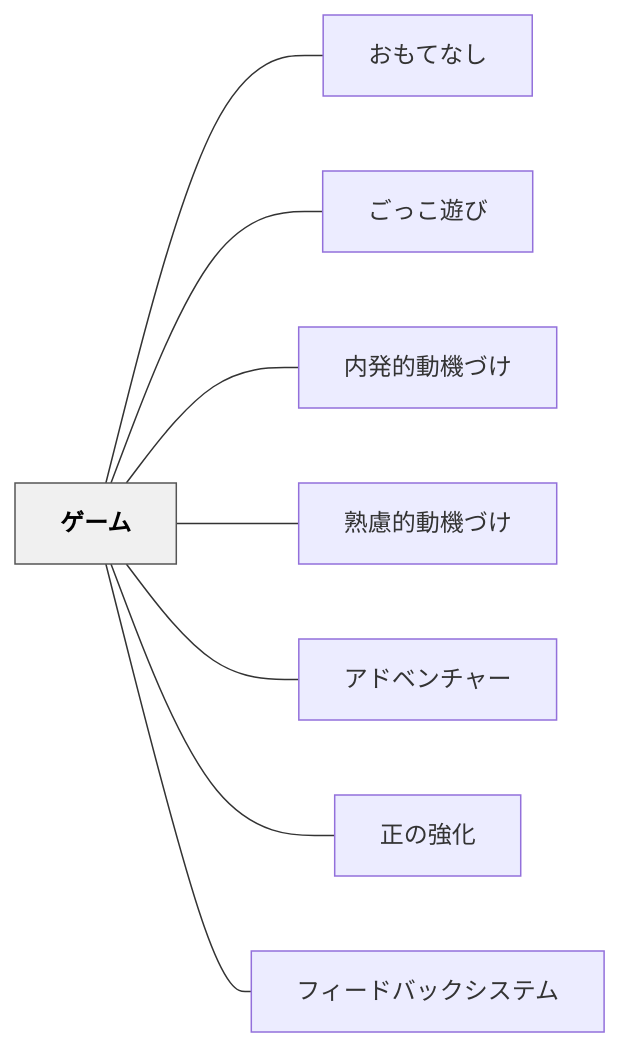
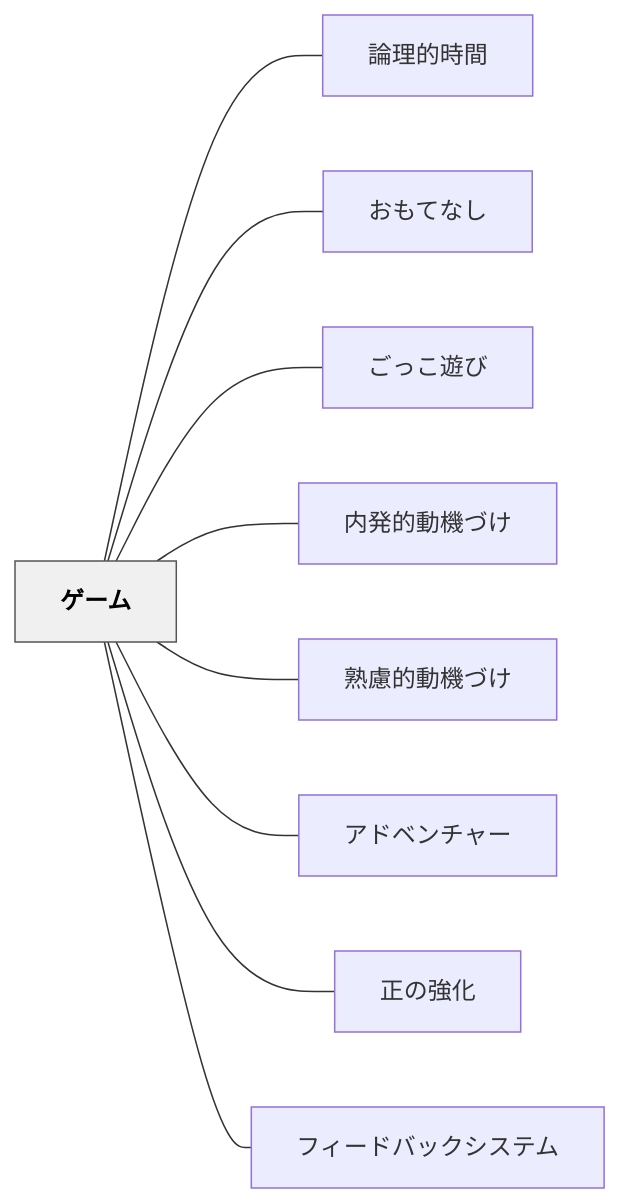
One commit to unknownthings-ed-patterns/unknownthings-ed-patterns changed the diagram in content/パタン/ゲーム.md. Above: the diagram before and after it, drawn with Mermaid. The commit also changed other lines of this file and 185 other files, not shown here.

````diff
--- a/content/パタン/ゲーム.md
+++ b/content/パタン/ゲーム.md
@@ -66,22 +66,24 @@
 ```mermaid
 flowchart LR
     ne382b2e383bce383a0["ゲーム"]
+    ne8ab96e79086e79a84e69982e99693["論理的時間"]
     ne3818ae38282e381a6e381aae38197["おもてなし"]
     ne38194e381a3e38193e9818ae381b3["ごっこ遊び"]
     ne58685e799bae79a84e58b95e6a99fe381a5e38191["内発的動機づけ"]
     ne7869fe685aee79a84e58b95e6a99fe381a5e38191["熟慮的動機づけ"]
     ne382a2e38389e38399e383b3e38381e383a3e383bc["アドベンチャー"]
     ne6ada3e381aee5bcb7e58c96["正の強化"]
     ne38395e382a3e383bce38389e38390e38383e382afe382b7e382b9e38386e383a0["フィードバックシステム"]
 
+    ne382b2e383bce383a0 --- ne8ab96e79086e79a84e69982e99693
     ne382b2e383bce383a0 --- ne3818ae38282e381a6e381aae38197
     ne382b2e383bce383a0 --- ne38194e381a3e38193e9818ae381b3
     ne382b2e383bce383a0 --- ne58685e799bae79a84e58b95e6a99fe381a5e38191
     ne382b2e383bce383a0 --- ne7869fe685aee79a84e58b95e6a99fe381a5e38191
     ne382b2e383bce383a0 --- ne382a2e38389e38399e383b3e38381e383a3e383bc
     ne382b2e383bce383a0 --- ne6ada3e381aee5bcb7e58c96
     ne382b2e383bce383a0 --- ne38395e382a3e383bce38389e38390e38383e382afe382b7e382b9e38386e383a0
 
     classDef hub fill:#f0f0f0,stroke:#555,color:#000,font-weight:bold
     class ne382b2e383bce383a0 hub
 ```
````
